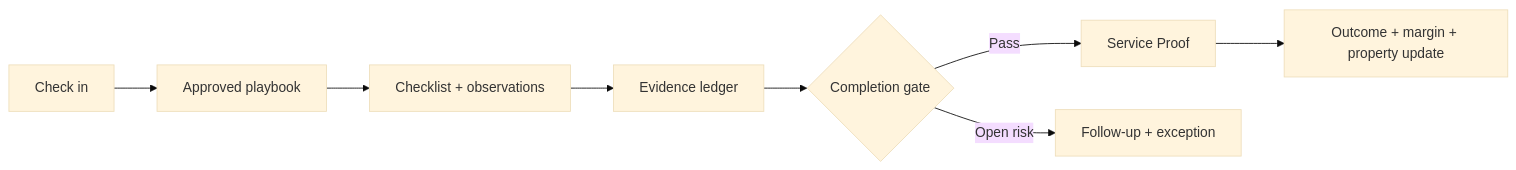
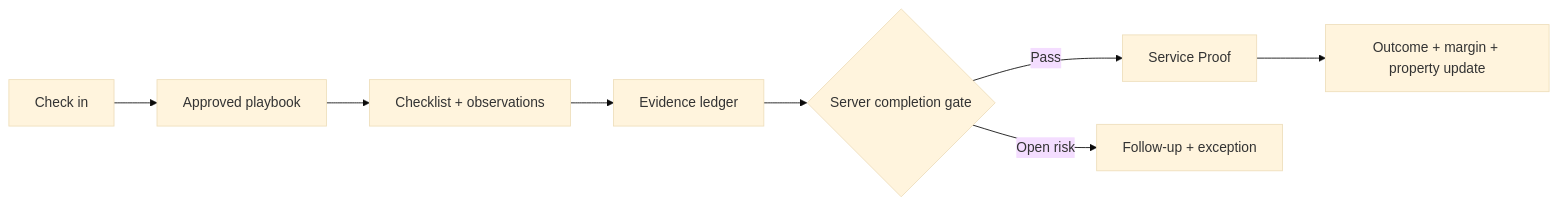
Before and after one commit to Matthewbolinger/Pest-control: the third of 4 diagrams in docs/architecture.md, drawn with Mermaid (base theme). The commit also changed other lines of this file and 39 other files, not shown here.

````diff
--- a/docs/architecture.md
+++ b/docs/architecture.md
@@ -30,10 +32,10 @@
 ```mermaid
 flowchart LR
   A["Check in"] --> B["Approved playbook"]
   B --> C["Checklist + observations"]
   C --> D["Evidence ledger"]
-  D --> E{"Completion gate"}
+  D --> E{"Server completion gate"}
   E -->|Pass| F["Service Proof"]
   E -->|Open risk| G["Follow-up + exception"]
   F --> H["Outcome + margin + property update"]
 ```
````
